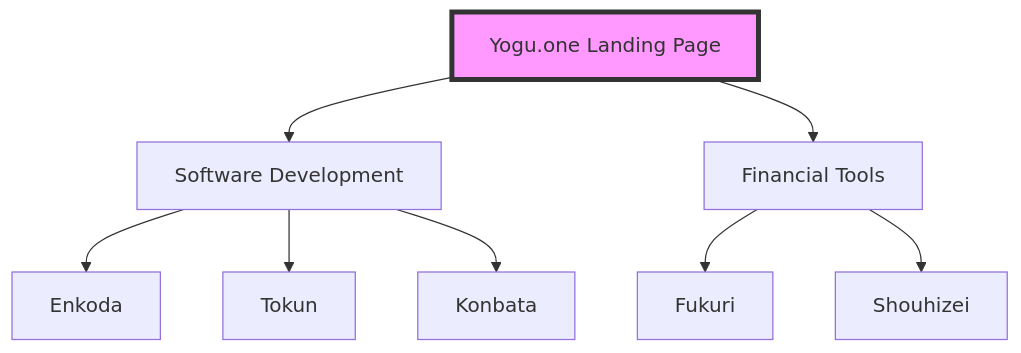
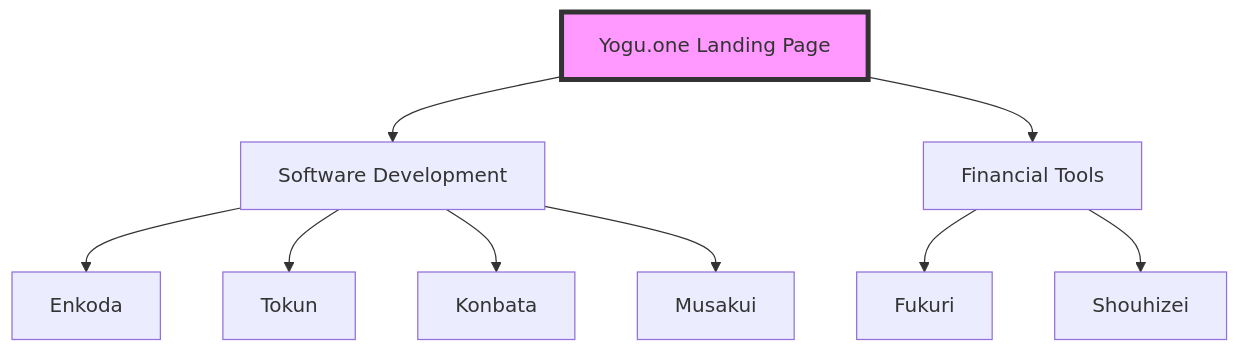
Before and after one commit to hebra/yogu-one: the diagram in README.md, drawn with Mermaid. The commit also changed other lines of this file and 8 other files, not shown here.

````diff
--- a/README.md
+++ b/README.md
@@ -22,14 +32,15 @@
 ```mermaid
 graph TD
     Y[Yogu.one Landing Page] --> SD[Software Development]
     Y --> FT[Financial Tools]
     
     SD --> E[Enkoda]
     SD --> T[Tokun]
     SD --> K[Konbata]
+    SD --> M[Musakui]
     
     FT --> F[Fukuri]
     FT --> S[Shouhizei]
     
     style Y fill:#f9f,stroke:#333,stroke-width:4px
 ```
````
